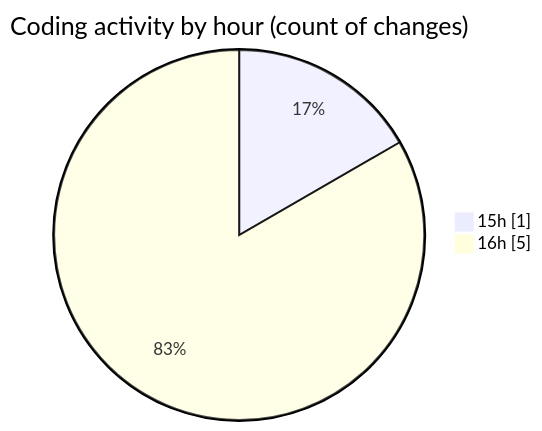
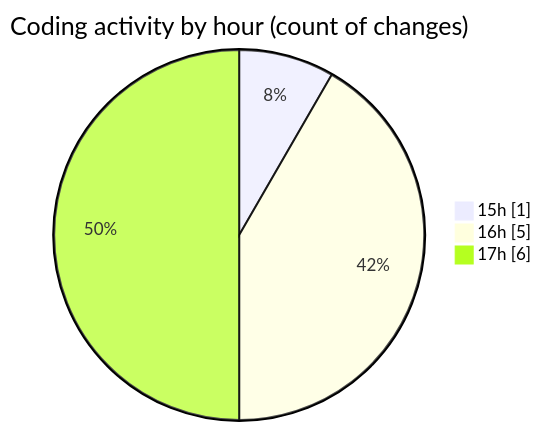
Before and after one commit to debugP/code-tracking: the second of 2 diagrams in 2026-07-24/untitled__workspace_/README.md, drawn with Mermaid. The commit also changed other lines of this file and 1 other file, not shown here.

````diff
--- a/2026-07-24/untitled__workspace_/README.md
+++ b/2026-07-24/untitled__workspace_/README.md
@@ -31,6 +31,7 @@
 ```mermaid
 pie showData
 title Coding activity by hour (count of changes)
 "15h" : 1
 "16h" : 5
+"17h" : 6
 ```
````
